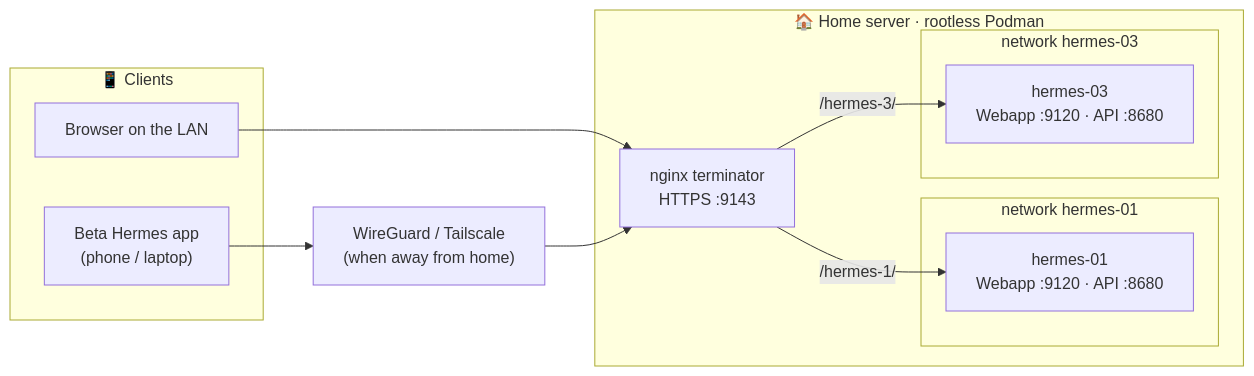
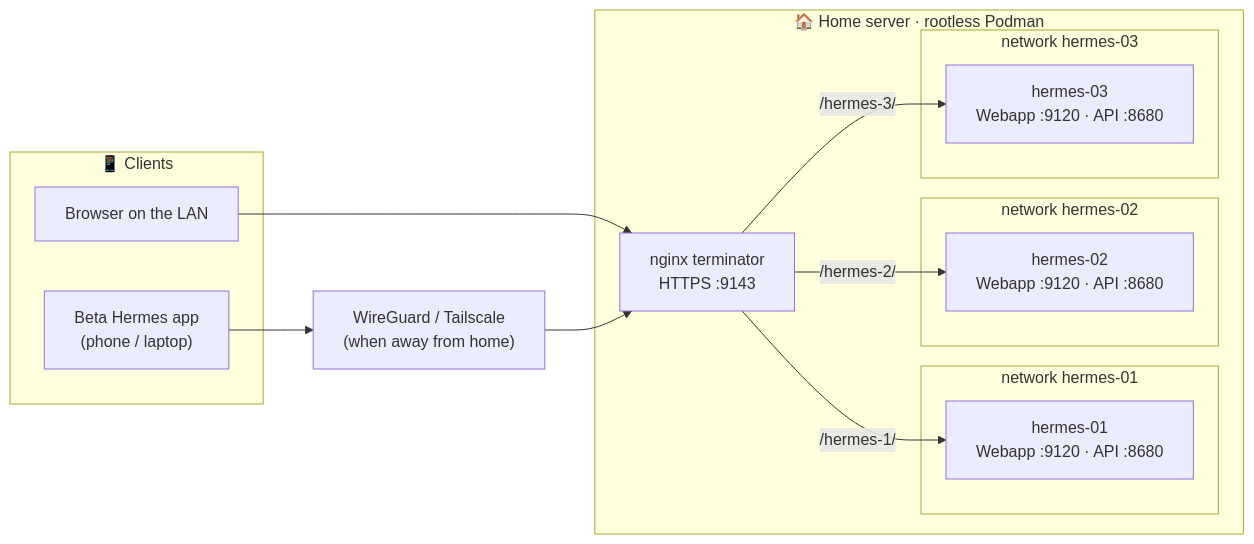
The diagram in blog-applied-home-ml-iot/2026-11-23-hermes-nginx-webapp-terminator.md (NickJLange/5l-labs.com), drawn with Mermaid before and after one commit. The commit also changed other lines of this file, not shown here.

Commit message:
docs(blog): finish Hermes nginx terminator post

````diff
--- a/blog-applied-home-ml-iot/2026-11-23-hermes-nginx-webapp-terminator.md
+++ b/blog-applied-home-ml-iot/2026-11-23-hermes-nginx-webapp-terminator.md
@@ -17,21 +23,25 @@
 ```mermaid
 flowchart LR
     subgraph Clients["📱 Clients"]
         B["Browser on the LAN"]
         APP["Beta Hermes app<br/>(phone / laptop)"]
     end
     VPN["WireGuard / Tailscale<br/>(when away from home)"]
     subgraph Host["🏠 Home server · rootless Podman"]
         NGX["nginx terminator<br/>HTTPS :9143"]
         subgraph N1["network hermes-01"]
             H1["hermes-01<br/>Webapp :9120 · API :8680"]
         end
+        subgraph N2["network hermes-02"]
+            H2["hermes-02<br/>Webapp :9120 · API :8680"]
+        end
         subgraph N3["network hermes-03"]
             H3["hermes-03<br/>Webapp :9120 · API :8680"]
         end
     end
     B --> NGX
     APP --> VPN --> NGX
     NGX -->|/hermes-1/| H1
+    NGX -->|/hermes-2/| H2
     NGX -->|/hermes-3/| H3
 ```
````
